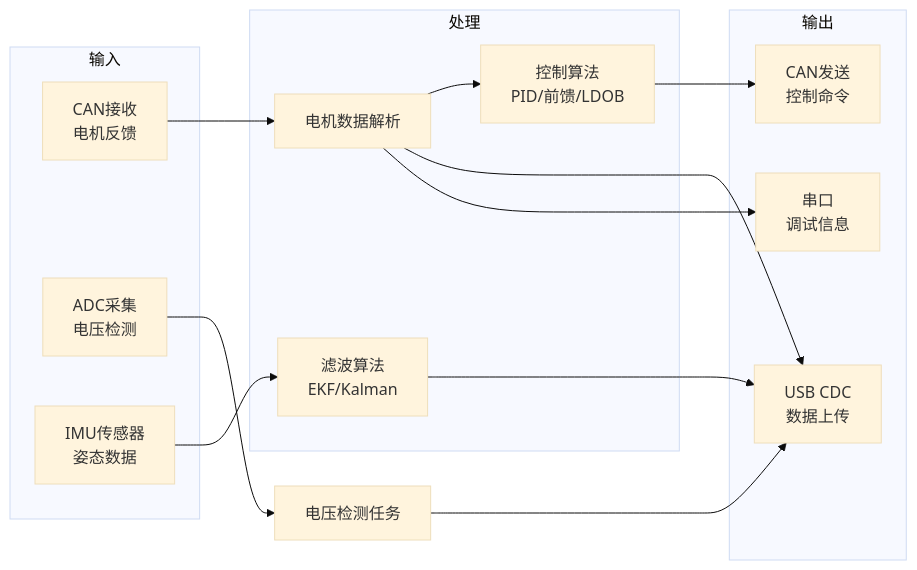
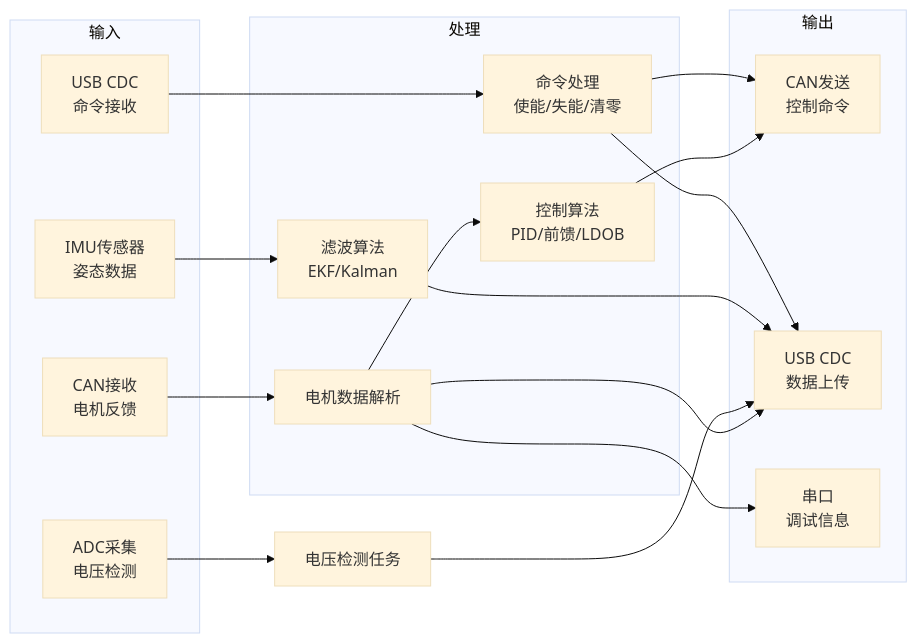
One commit to zhengbi-yong/ludan_control_board changed the second of 8 diagrams in README.md. Above: the diagram before and after it, drawn with Mermaid (base theme). The commit also changed other lines of this file and 1 other file, not shown here.

````diff
--- a/README.md
+++ b/README.md
@@ -151,33 +153,39 @@
 ```mermaid
 flowchart LR
     subgraph "输入"
         CAN_RX[CAN接收<br/>电机反馈]
         ADC[ADC采集<br/>电压检测]
         IMU[IMU传感器<br/>姿态数据]
+        USB_CMD[USB CDC<br/>命令接收]
     end
     
     subgraph "处理"
         MOTOR_PARSE[电机数据解析]
         CTRL_ALGO[控制算法<br/>PID/前馈/LDOB]
         FILTER[滤波算法<br/>EKF/Kalman]
+        CMD_PROCESS[命令处理<br/>使能/失能/清零]
     end
     
     subgraph "输出"
         CAN_TX[CAN发送<br/>控制命令]
         USB[USB CDC<br/>数据上传]
         UART[串口<br/>调试信息]
     end
     
     CAN_RX --> MOTOR_PARSE
     MOTOR_PARSE --> CTRL_ALGO
     CTRL_ALGO --> CAN_TX
     
     MOTOR_PARSE --> USB
     MOTOR_PARSE --> UART
     
     ADC --> VBUS_TASK[电压检测任务]
     VBUS_TASK --> USB
     
     IMU --> FILTER
     FILTER --> USB
+    
+    USB_CMD --> CMD_PROCESS
+    CMD_PROCESS --> CAN_TX
+    CMD_PROCESS --> USB
 ```
````
